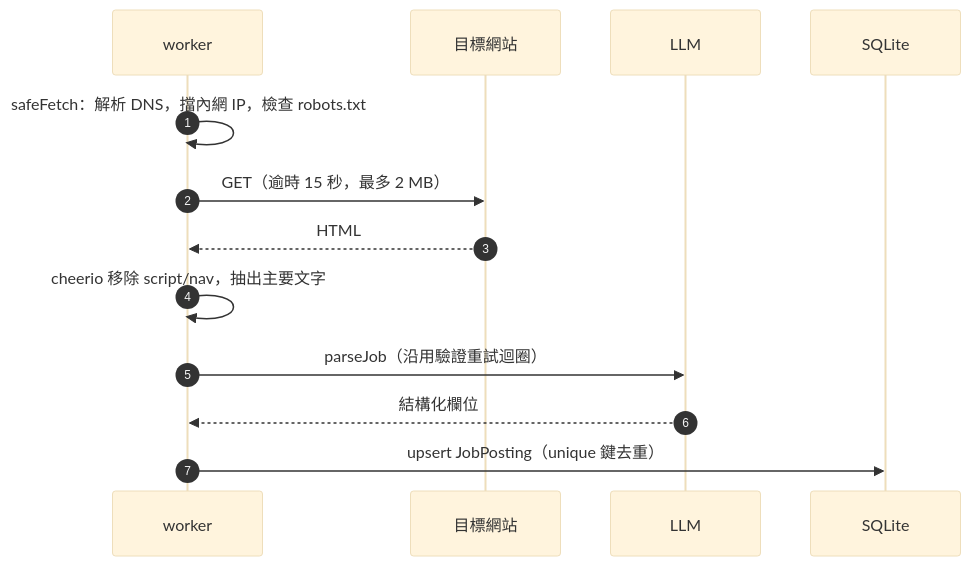
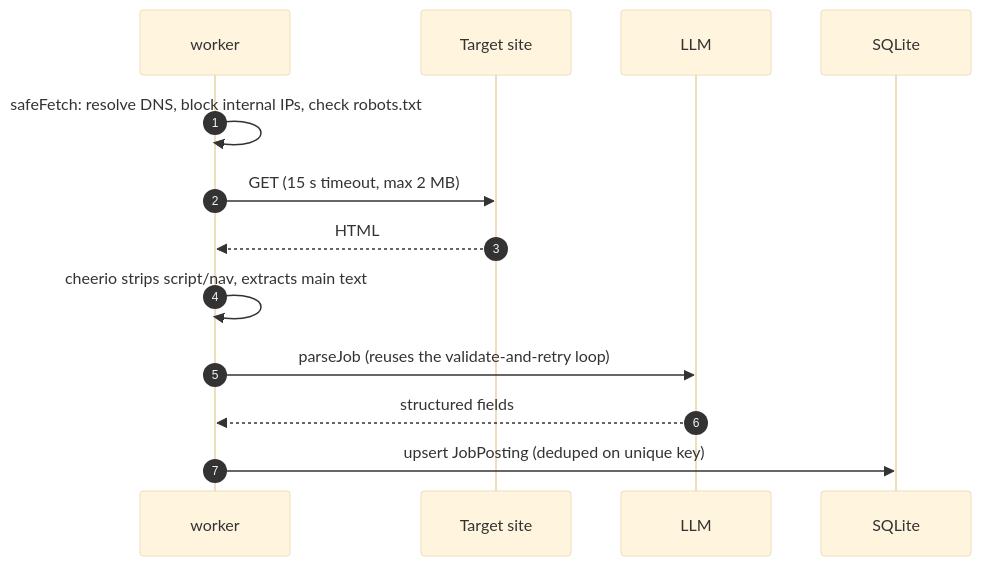
One commit to ychun816/scandiva changed the second of 3 diagrams in UPDATE_SCANDIVA.md. Above: the diagram before and after it, drawn with Mermaid (base theme). The commit also changed other lines of this file and 27 other files, not shown here.

````diff
--- a/UPDATE_SCANDIVA.md
+++ b/UPDATE_SCANDIVA.md
@@ -236,15 +238,15 @@
 ```mermaid
 sequenceDiagram
     autonumber
     participant W as worker
-    participant S as 目標網站
+    participant S as Target site
     participant L as LLM
     participant D as SQLite
-    W->>W: safeFetch：解析 DNS，擋內網 IP，檢查 robots.txt
-    W->>S: GET（逾時 15 秒，最多 2 MB）
+    W->>W: safeFetch: resolve DNS, block internal IPs, check robots.txt
+    W->>S: GET (15 s timeout, max 2 MB)
     S-->>W: HTML
-    W->>W: cheerio 移除 script/nav，抽出主要文字
-    W->>L: parseJob（沿用驗證重試迴圈）
-    L-->>W: 結構化欄位
-    W->>D: upsert JobPosting（unique 鍵去重）
+    W->>W: cheerio strips script/nav, extracts main text
+    W->>L: parseJob (reuses the validate-and-retry loop)
+    L-->>W: structured fields
+    W->>D: upsert JobPosting (deduped on unique key)
 ```
````
